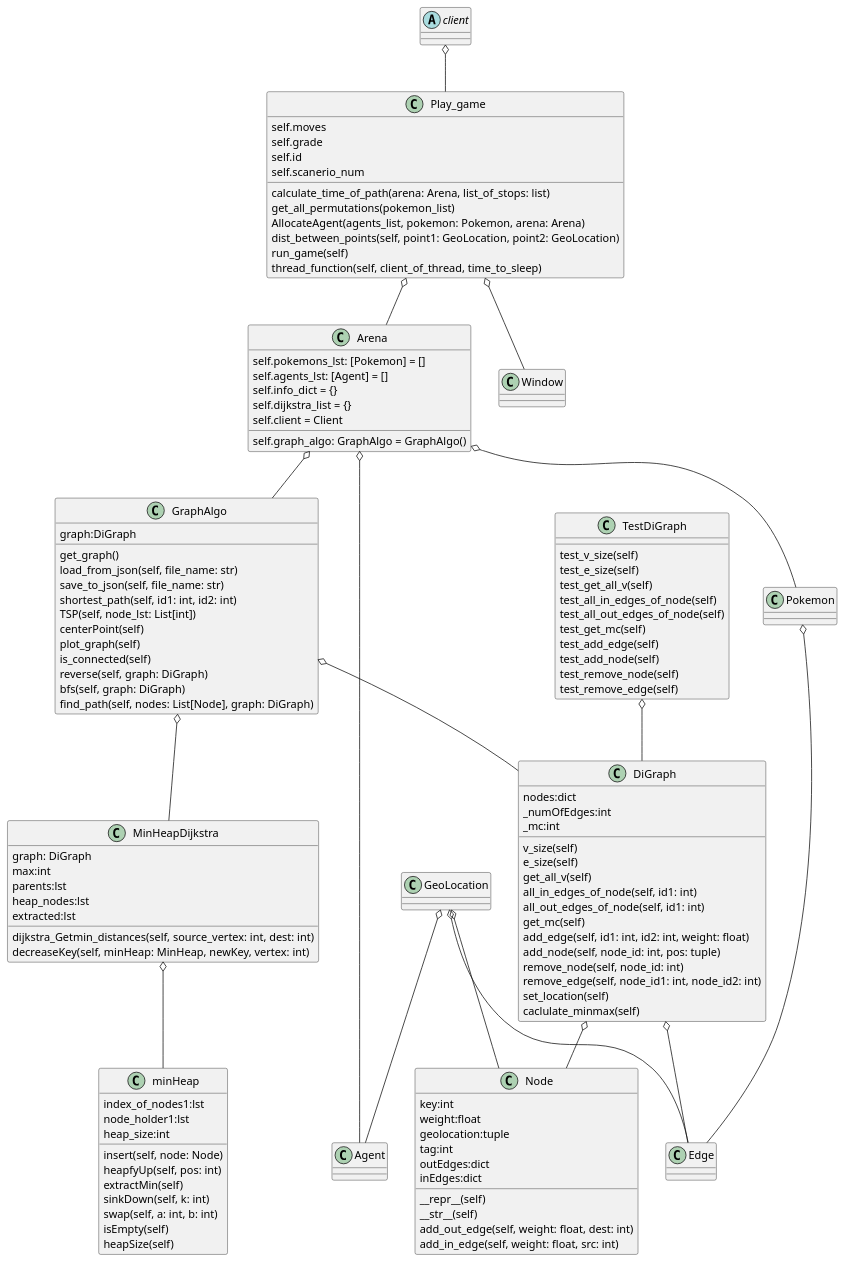
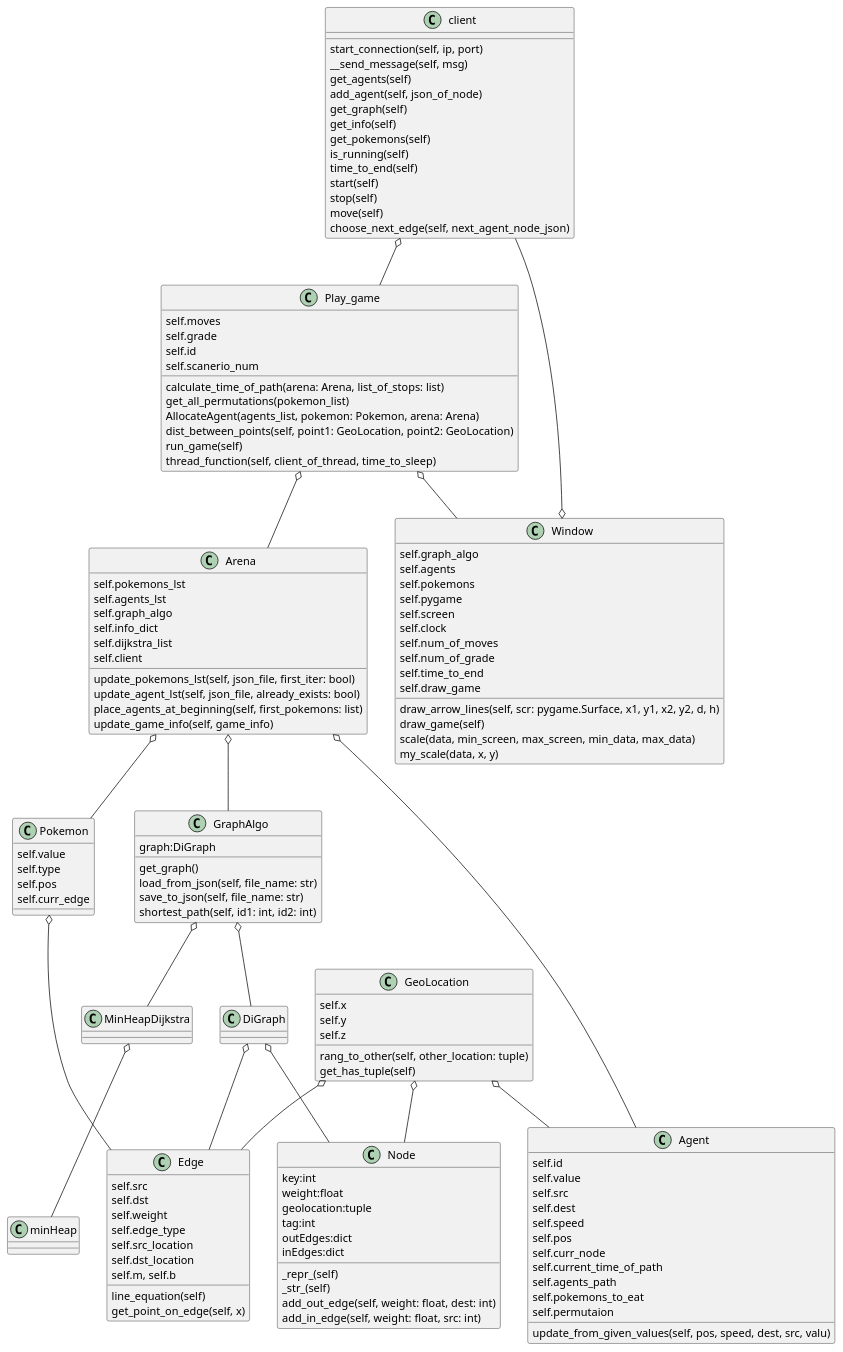
Before and after one commit to ShauliTaragin/PokemonGame: the diagram in poke.puml, drawn with PlantUML. The commit also changed 6 other files, not shown here.

```diff
--- a/poke.puml
+++ b/poke.puml
@@ -1,136 +1,168 @@
 @startuml
 'https://plantuml.com/class-diagram
 
 
 client o-- Play_game
 Play_game o-- Arena
 Play_game o-- Window
 Arena o-- Agent
 Arena o-- Pokemon
 Arena o-- GraphAlgo
 Pokemon o-- Edge
+Window o-- client
 
 GeoLocation o-- Node
 GeoLocation o-- Edge
 GeoLocation o-- Agent
 DiGraph o-- Node
 DiGraph o-- Edge
 GraphAlgo o-- MinHeapDijkstra
 GraphAlgo o-- DiGraph
 MinHeapDijkstra o-- minHeap
-TestDiGraph o-- DiGraph
 
 
 
-Abstract class  client{
-
+class  client{
+start_connection(self, ip, port)
+__send_message(self, msg)
+get_agents(self)
+add_agent(self, json_of_node)
+get_graph(self)
+get_info(self)
+get_pokemons(self)
+is_running(self)
+time_to_end(self)
+start(self)
+stop(self)
+move(self)
+choose_next_edge(self, next_agent_node_json)
 }
 class Play_game{
 calculate_time_of_path(arena: Arena, list_of_stops: list)
 get_all_permutations(pokemon_list)
 AllocateAgent(agents_list, pokemon: Pokemon, arena: Arena)
 dist_between_points(self, point1: GeoLocation, point2: GeoLocation)
 run_game(self)
 thread_function(self, client_of_thread, time_to_sleep)
 
 self.moves
 self.grade
 self.id
 self.scanerio_num
 }
 
 class Arena{
+update_pokemons_lst(self, json_file, first_iter: bool)
+update_agent_lst(self, json_file, already_exists: bool)
+place_agents_at_beginning(self, first_pokemons: list)
+update_game_info(self, game_info)
+
+self.pokemons_lst
+self.agents_lst
+self.graph_algo
+self.info_dict
+self.dijkstra_list
+self.client
+}
+class Window{
+ self.graph_algo
+self.agents
+self.pokemons
+self.pygame
+self.screen
+self.clock
+self.num_of_moves
+self.num_of_grade
+self.time_to_end
+self.draw_game
+
+draw_arrow_lines(self, scr: pygame.Surface, x1, y1, x2, y2, d, h)
+draw_game(self)
+scale(data, min_screen, max_screen, min_data, max_data)
+my_scale(data, x, y)
+
+}
+class Agent{
+self.id
+self.value
+self.src
+self.dest
+self.speed
+self.pos
+self.curr_node
+self.current_time_of_path
+self.agents_path
+self.pokemons_to_eat
+self.permutaion
+
+update_from_given_values(self, pos, speed, dest, src, valu)
 
 
-self.pokemons_lst: [Pokemon] = []
-self.agents_lst: [Agent] = []
-self.graph_algo: GraphAlgo = GraphAlgo()
-self.info_dict = {}
-self.dijkstra_list = {}
-self.client = Client
+}
+class Pokemon{
+self.value
+self.type
+self.pos
+self.curr_edge
+}
+
+class Edge{
+line_equation(self)
+get_point_on_edge(self, x)
+
+self.src
+self.dst
+self.weight
+self.edge_type
+self.src_location
+self.dst_location
+self.m, self.b
+
+}
+
+class GeoLocation{
+rang_to_other(self, other_location: tuple)
+get_has_tuple(self)
+
+self.x
+self.y
+self.z
+
 }
 class GraphAlgo {
 get_graph()
 load_from_json(self, file_name: str)
 save_to_json(self, file_name: str)
 shortest_path(self, id1: int, id2: int)
-TSP(self, node_lst: List[int])
-centerPoint(self)
-plot_graph(self)
-is_connected(self)
-reverse(self, graph: DiGraph)
-bfs(self, graph: DiGraph)
-find_path(self, nodes: List[Node], graph: DiGraph)
 graph:DiGraph
 }
 
 class DiGraph {
-v_size(self)
-e_size(self)
-get_all_v(self)
-all_in_edges_of_node(self, id1: int)
-all_out_edges_of_node(self, id1: int)
-get_mc(self)
-add_edge(self, id1: int, id2: int, weight: float)
-add_node(self, node_id: int, pos: tuple)
-remove_node(self, node_id: int)
-remove_edge(self, node_id1: int, node_id2: int)
-set_location(self)
-caclulate_minmax(self)
-nodes:dict
-_numOfEdges:int
-_mc:int
+
 }
 
 class MinHeapDijkstra{
-dijkstra_Getmin_distances(self, source_vertex: int, dest: int)
-decreaseKey(self, minHeap: MinHeap, newKey, vertex: int)
-graph: DiGraph
-max:int
-parents:lst
-heap_nodes:lst
-extracted:lst
+
 }
 
 class minHeap {
-insert(self, node: Node)
-heapfyUp(self, pos: int)
-extractMin(self)
-sinkDown(self, k: int)
-swap(self, a: int, b: int)
-isEmpty(self)
-heapSize(self)
-index_of_nodes1:lst
-node_holder1:lst
-heap_size:int
+
 }
 
 
-class TestDiGraph{
-test_v_size(self)
-test_e_size(self)
-test_get_all_v(self)
-test_all_in_edges_of_node(self)
-test_all_out_edges_of_node(self)
-test_get_mc(self)
-test_add_edge(self)
-test_add_node(self)
-test_remove_node(self)
-test_remove_edge(self)
-}
 
 class Node{
-__repr__(self)
-__str__(self)
+_repr_(self)
+_str_(self)
 add_out_edge(self, weight: float, dest: int)
 add_in_edge(self, weight: float, src: int)
 key:int
 weight:float
 geolocation:tuple
 tag:int
 outEdges:dict
 inEdges:dict
 }
 
 
 @enduml
```
